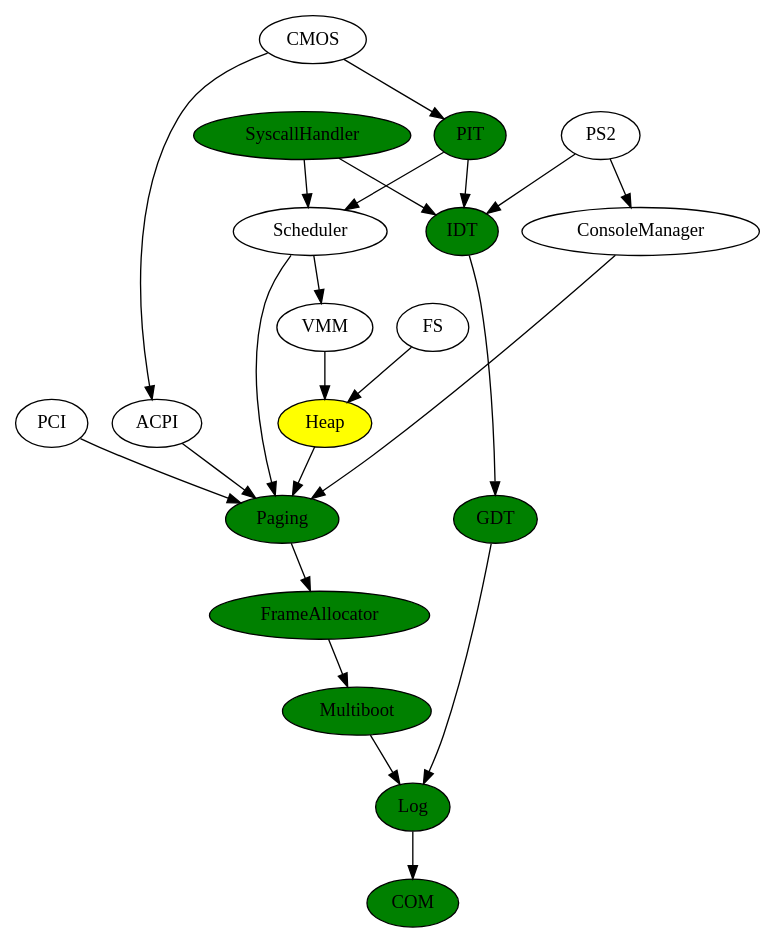
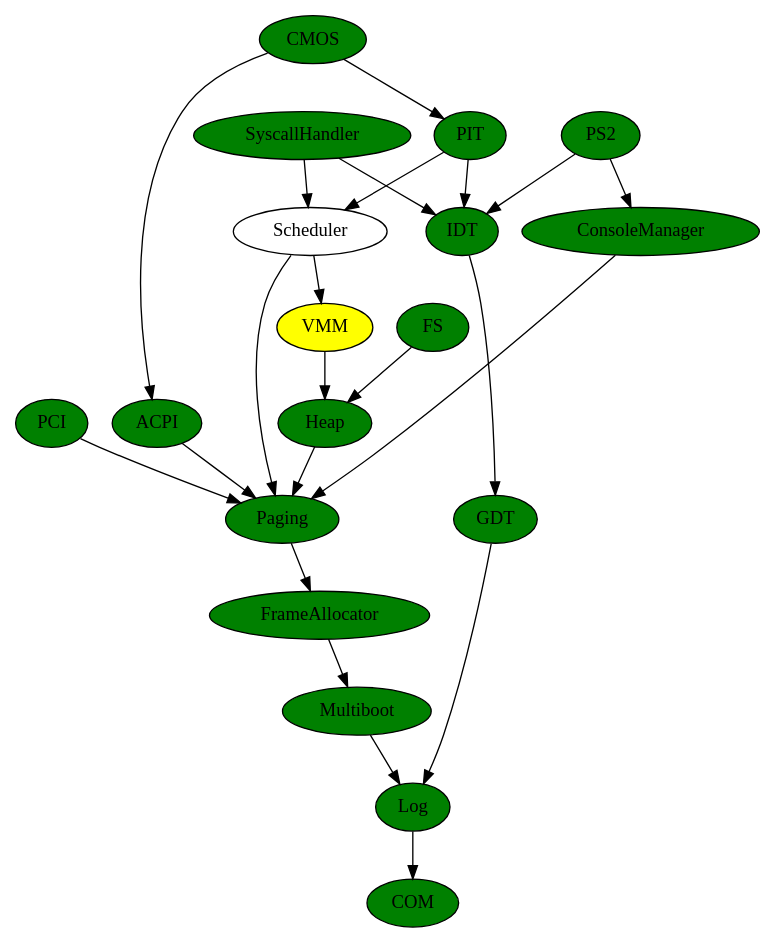
One commit to PowerNex/PowerNex changed the diagram in CallHierarchy.dot. Above: the diagram before and after it, drawn with Graphviz. The commit also changed 1 other file, not shown here.

Commit message:
Updated CallHiearchy graph, and stuff

```diff
--- a/CallHierarchy.dot
+++ b/CallHierarchy.dot
@@ -1,67 +1,67 @@
 digraph derp {
 	COM[style=filled,fillcolor=green];
-	ACPI;
-	CMOS;
+	ACPI[style=filled,fillcolor=green];
+	CMOS[style=filled,fillcolor=green];
 	Log[style=filled,fillcolor=green];
 	GDT[style=filled,fillcolor=green];
 	IDT[style=filled,fillcolor=green];
 	SyscallHandler[style=filled,fillcolor=green];
 	PIT[style=filled,fillcolor=green];
-	PS2;
+	PS2[style=filled,fillcolor=green];
 	Multiboot[style=filled,fillcolor=green];
 	FrameAllocator[style=filled,fillcolor=green];
 	Paging[style=filled,fillcolor=green];
-	Heap[style=filled,fillcolor=yellow];
-	PCI;
-	FS;
-	ConsoleManager;
+	Heap[style=filled,fillcolor=green];
+	PCI[style=filled,fillcolor=green];
+	FS[style=filled,fillcolor=green];
+	ConsoleManager[style=filled,fillcolor=green];
 	Scheduler;
-	VMM;
+	VMM[style=filled,fillcolor=yellow];
 
 	//(*) -> COM;
 
 	CMOS -> ACPI;
 
 	Log -> COM;
 
 	IDT -> GDT;
 	SyscallHandler -> IDT;
 	PIT -> IDT;
 	PS2 -> IDT;
 	FrameAllocator -> Multiboot;
 	Paging -> FrameAllocator;
 	Heap -> Paging;
 	PS2 -> ConsoleManager;
 	SyscallHandler -> Scheduler;
 	//Heap -> Scheduler;
 	PIT -> Scheduler;
 	Scheduler -> VMM;
 	VMM -> Heap;
 	FS -> Heap;
 
 	ACPI -> Paging;
 	PCI -> Paging;
 	ConsoleManager -> Paging;
 	Scheduler -> Paging;
 
 	CMOS -> PIT;
 
 
 	//ACPI -> Log;
 	//CMOS -> Log;
 	GDT -> Log;
 	//IDT -> Log;
 	//SyscallHandler -> Log;
 	//PIT -> Log;
 	//PS2 -> Log;
 	Multiboot -> Log;
 	//FrameAllocator -> Log;
 	//Paging -> Log;
 	//Heap -> Log;
 	//PCI -> Log;
 	//FS -> Log;
 	//ConsoleManager -> Log;
 	//Scheduler -> Log;
 
 
 }
```
